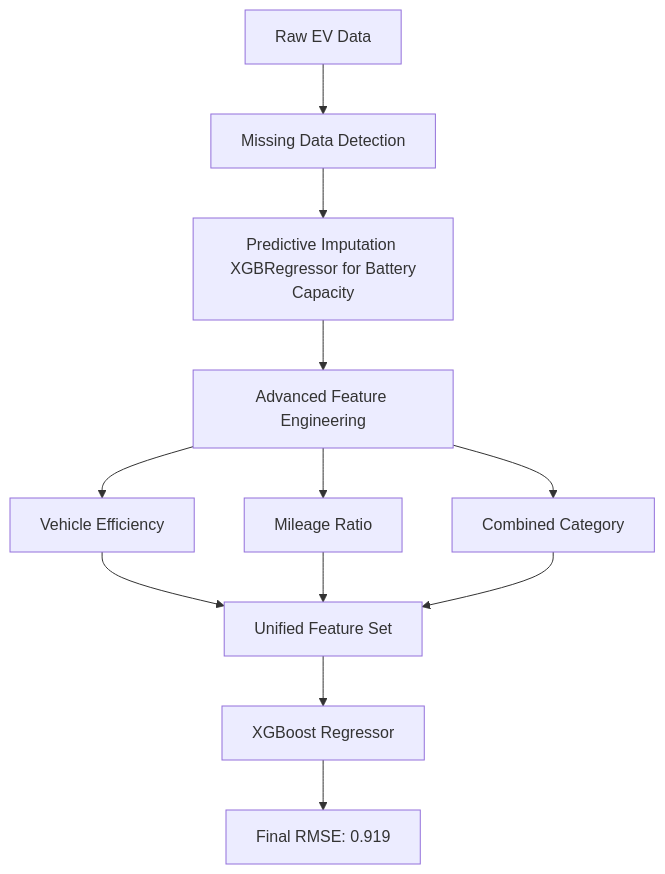
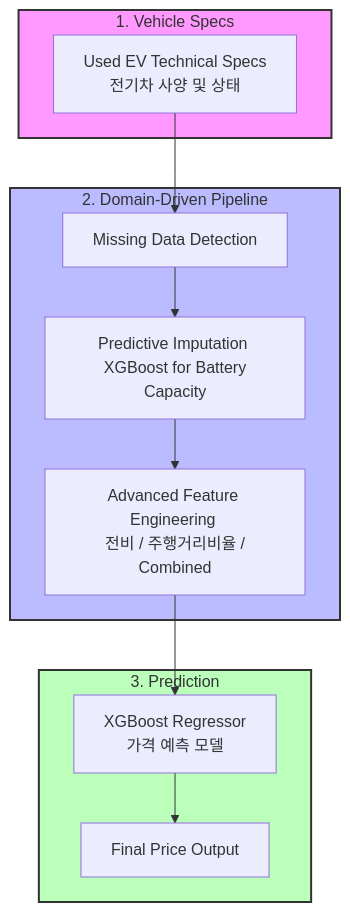
Before and after one commit to junhyung-L/EV-Price-Forecasting: the diagram in README.md, drawn with Mermaid.

Commit message:
docs: Strengthen narrative flow and story in README

````diff
--- a/README.md
+++ b/README.md
@@ -23,17 +23,22 @@
 ```mermaid
 graph TD
-    A[Raw EV Data] --> B[Missing Data Detection]
-    B --> C[Predictive Imputation <br> XGBRegressor for Battery Capacity]
-    
-    C --> D[Advanced Feature Engineering]
-    D --> D1[Vehicle Efficiency]
-    D --> D2[Mileage Ratio]
-    D --> D3[Combined Category]
-    
-    D1 --> E[Unified Feature Set]
-    D2 --> E
-    D3 --> E
-    
-    E --> F[XGBoost Regressor]
-    F --> G[Final RMSE: 0.919]
+    subgraph Inputs [1. Vehicle Specs]
+        A[Used EV Technical Specs <br> 전기차 사양 및 상태]
+    end
+
+    subgraph Pipeline [2. Domain-Driven Pipeline]
+        A --> B[Missing Data Detection]
+        B --> C[Predictive Imputation <br> XGBoost for Battery Capacity]
+        
+        C --> D[Advanced Feature Engineering <br> 전비 / 주행거리비율 / Combined]
+    end
+
+    subgraph Model [3. Prediction]
+        D --> E[XGBoost Regressor <br> 가격 예측 모델]
+        E --> F[Final Price Output]
+    end
+
+    style Inputs fill:#f9f,stroke:#333,stroke-width:2px
+    style Pipeline fill:#bbf,stroke:#333,stroke-width:2px
+    style Model fill:#bfb,stroke:#333,stroke-width:2px
 ```
````
